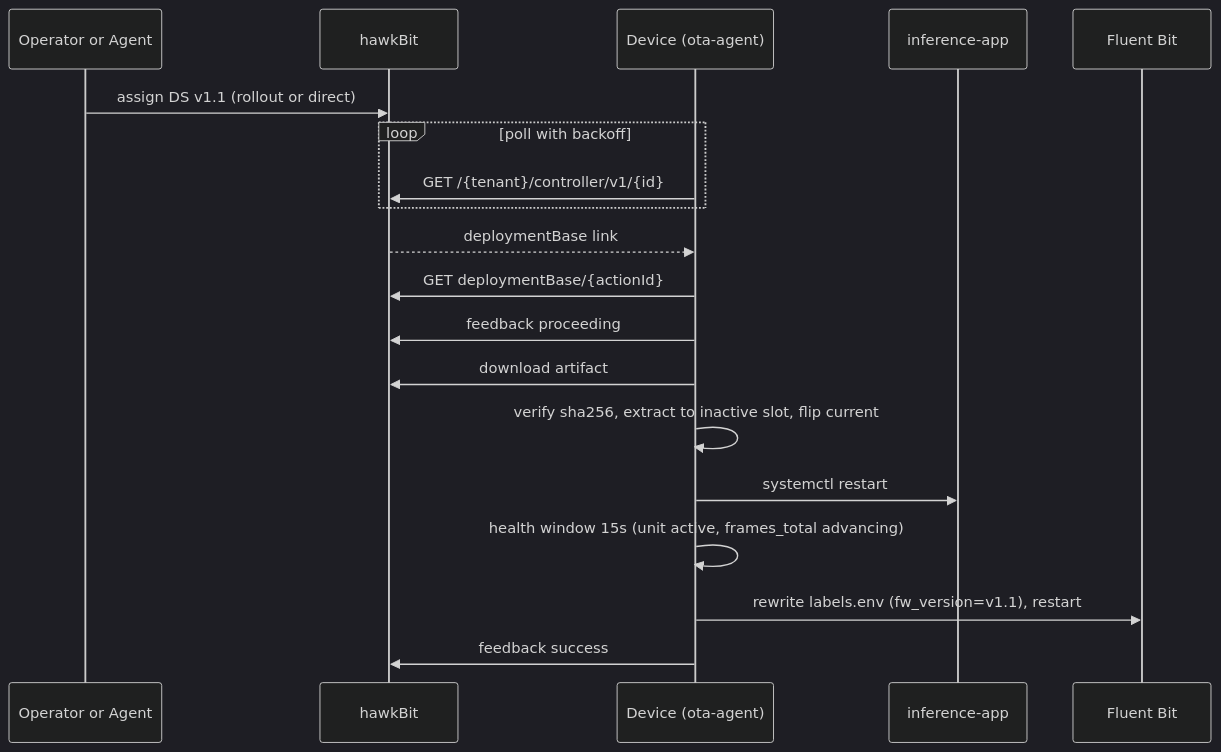
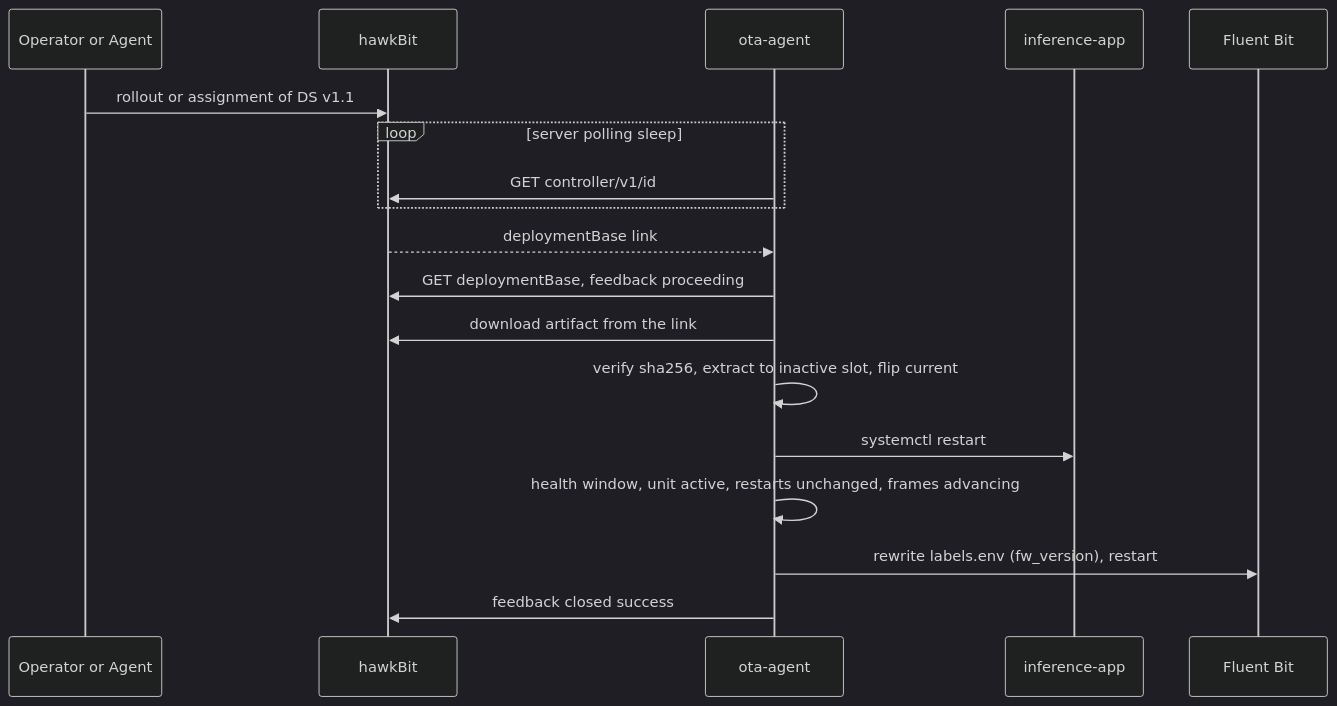
Before and after one commit to phoenixsac/wavebreak: the ninth of 16 diagrams in docs/architecture.md, drawn with Mermaid (dark theme). The commit also changed other lines of this file and 1 other file, not shown here.

First line of the commit message:
Reconcile architecture docs with code

````diff
--- a/docs/architecture.md
+++ b/docs/architecture.md
@@ -225,22 +342,21 @@
 ```mermaid
 sequenceDiagram
     participant Op as Operator or Agent
     participant HB as hawkBit
-    participant D as Device (ota-agent)
+    participant D as ota-agent
     participant App as inference-app
     participant FB as Fluent Bit
 
-    Op->>HB: assign DS v1.1 (rollout or direct)
-    loop poll with backoff
-        D->>HB: GET /{tenant}/controller/v1/{id}
+    Op->>HB: rollout or assignment of DS v1.1
+    loop server polling sleep
+        D->>HB: GET controller/v1/id
     end
     HB-->>D: deploymentBase link
-    D->>HB: GET deploymentBase/{actionId}
-    D->>HB: feedback proceeding
-    D->>HB: download artifact
+    D->>HB: GET deploymentBase, feedback proceeding
+    D->>HB: download artifact from the link
     D->>D: verify sha256, extract to inactive slot, flip current
     D->>App: systemctl restart
-    D->>D: health window 15s (unit active, frames_total advancing)
-    D->>FB: rewrite labels.env (fw_version=v1.1), restart
-    D->>HB: feedback success
+    D->>D: health window, unit active, restarts unchanged, frames advancing
+    D->>FB: rewrite labels.env (fw_version), restart
+    D->>HB: feedback closed success
 ```
````
